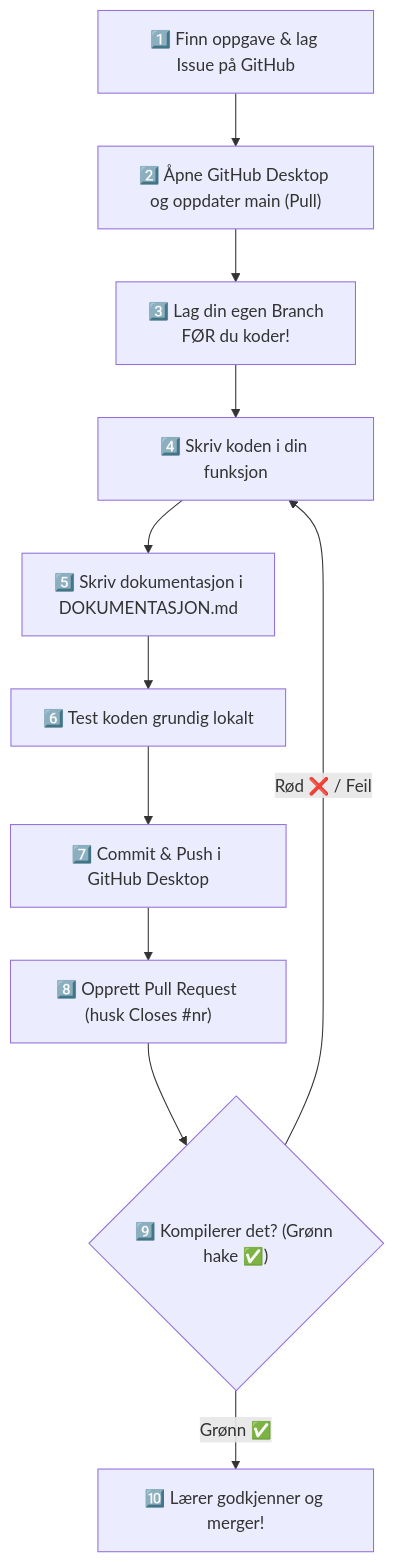
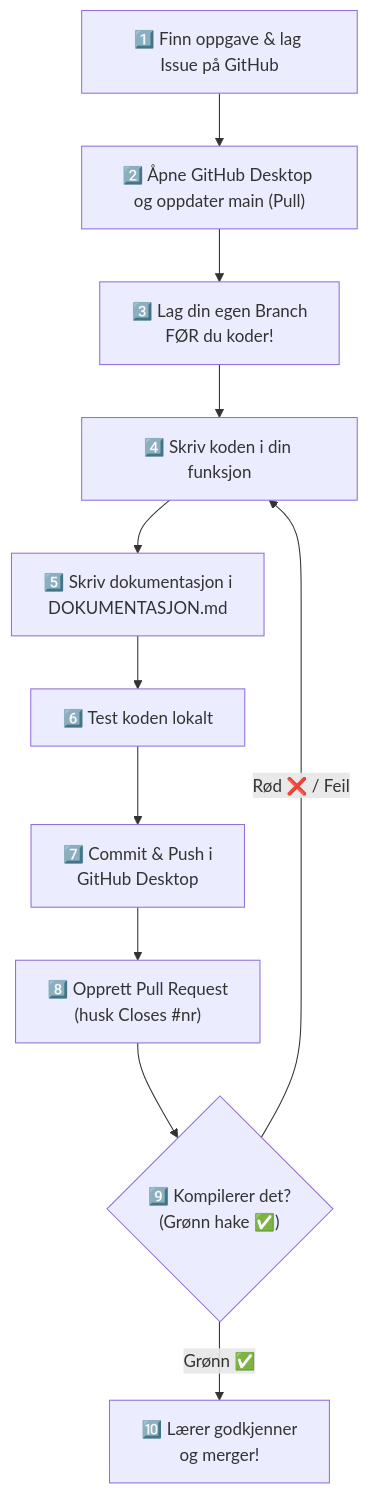
One commit to 1ELER26-27/Klokkeprosjekt2026 changed the diagram in LEVERINGSGUIDE.md. Above: the diagram before and after it, drawn with Mermaid.

Commit message:
Fix formatting and wording in LEVERINGSGUIDE.md

````diff
--- a/LEVERINGSGUIDE.md
+++ b/LEVERINGSGUIDE.md
@@ -12,15 +12,19 @@
 ```mermaid
 flowchart TD
     A["1️⃣ Finn oppgave & lag Issue på GitHub"] --> B["2️⃣ Åpne GitHub Desktop og oppdater main (Pull)"]
     B --> C["3️⃣ Lag din egen Branch
-FØR du koder!"]
+            FØR du koder!"]
     C --> D["4️⃣ Skriv koden i din funksjon"]
     D --> E["5️⃣ Skriv dokumentasjon i
-DOKUMENTASJON.md"]
-    E --> F["6️⃣ Test koden grundig lokalt"]
-    F --> G["7️⃣ Commit & Push i GitHub Desktop"]
-    G --> H["8️⃣ Opprett Pull Request (husk Closes #nr)"]
-    H --> I{"9️⃣ Kompilerer det? (Grønn hake ✅)"}
+            DOKUMENTASJON.md"]
+    E --> F["6️⃣ Test koden lokalt"]
+    F --> G["7️⃣ Commit & Push i
+            GitHub Desktop"]
+    G --> H["8️⃣ Opprett Pull Request
+            (husk Closes #nr)"]
+    H --> I{"9️⃣ Kompilerer det?
+            (Grønn hake ✅)"}
     I -- Rød ❌ / Feil --> D
-    I -- Grønn ✅ --> J["🔟 Lærer godkjenner og merger!"]
+    I -- Grønn ✅ --> J["🔟 Lærer godkjenner
+                        og merger!"]
 ```
````
